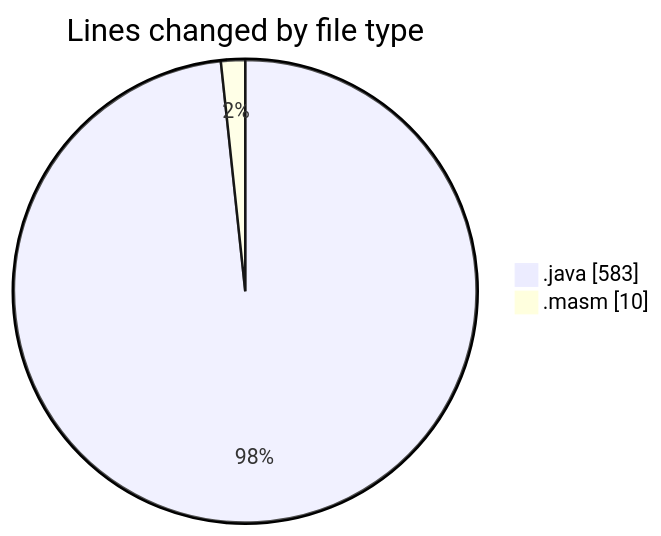
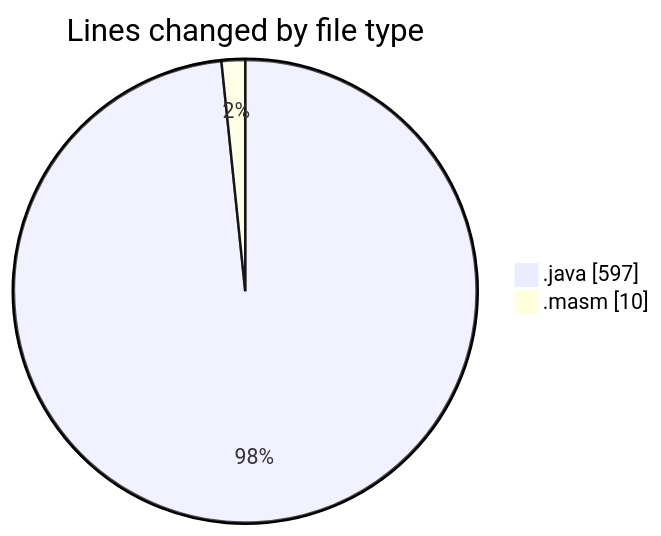
One commit to charlie-sans/code-tracking changed the first of 2 diagrams in 2025-02-19/masm/README.md. Above: the diagram before and after it, drawn with Mermaid. The commit also changed other lines of this file and 1 other file, not shown here.

````diff
--- a/2025-02-19/masm/README.md
+++ b/2025-02-19/masm/README.md
@@ -23,6 +23,6 @@
 ```mermaid
 pie showData
 title Lines changed by file type
-".java" : 583
+".java" : 597
 ".masm" : 10
 ```
````
